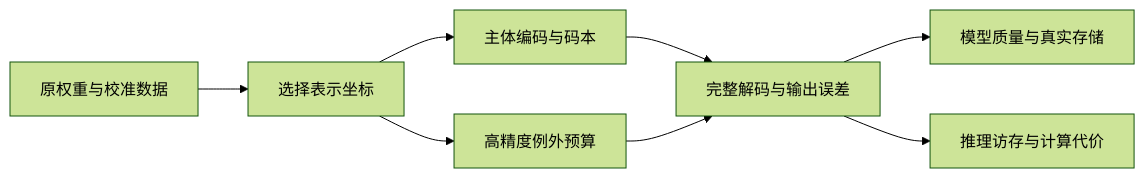
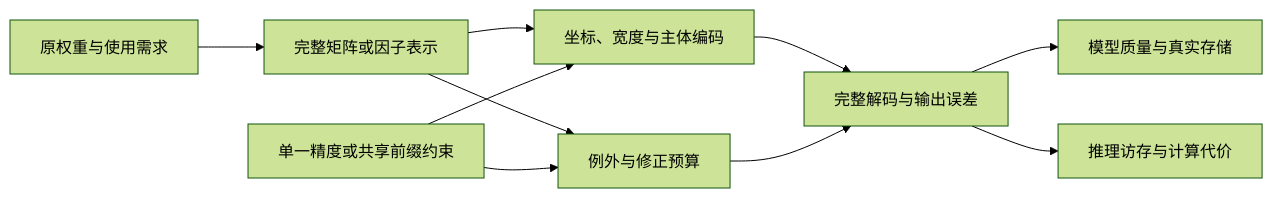
One commit to xxmyhsxx/quantwiki changed the diagram in wiki/research/low-bit-representation-design.md. Above: the diagram before and after it, drawn with Mermaid (forest theme). The commit also changed other lines of this file and 4 other files, not shown here.

````diff
--- a/wiki/research/low-bit-representation-design.md
+++ b/wiki/research/low-bit-representation-design.md
@@ -33,10 +35,12 @@
 ```mermaid
 flowchart LR
-  A[原权重与校准数据] --> B[选择表示坐标]
-  B --> C[主体编码与码本]
-  B --> D[高精度例外预算]
+  A[原权重与使用需求] --> B[完整矩阵或因子表示]
+  B --> C[坐标、宽度与主体编码]
+  B --> D[例外与修正预算]
+  H[单一精度或共享前缀约束] --> C
+  H --> D
   C --> E[完整解码与输出误差]
   D --> E
   E --> F[模型质量与真实存储]
   E --> G[推理访存与计算代价]
 ```
````
